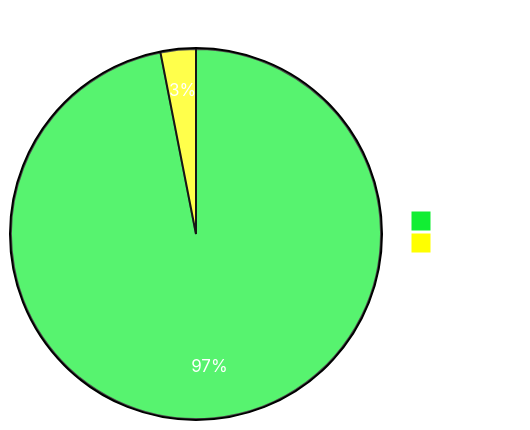
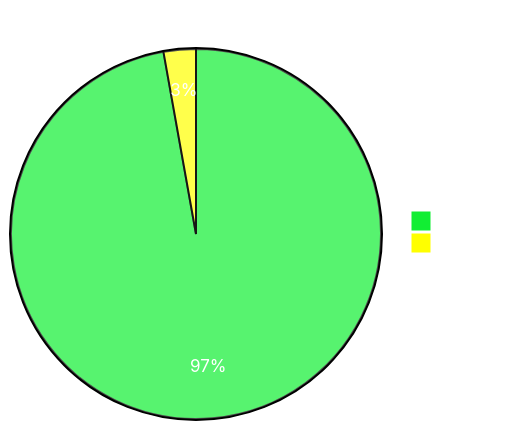
Before and after one commit to sumanthtatipamula/Programming: the diagram in Readme.md, drawn with Mermaid. The commit also changed 7 other files, not shown here.

````diff
--- a/Readme.md
+++ b/Readme.md
@@ -23,18 +23,18 @@
 ```mermaid
 %%{
   init:
   {
     'theme': 'base',
     'themeVariables':
       {
         'primaryTextColor': '#fff',
         'pie1': '#1E3',
         'pie2': '#FFFF00'
       }
   }
 }%%
 pie showData
     title Problems Solved Per Tag
-    "Tree" : 63
+    "Tree" : 69
     "Graphs": 2
 ```
````
